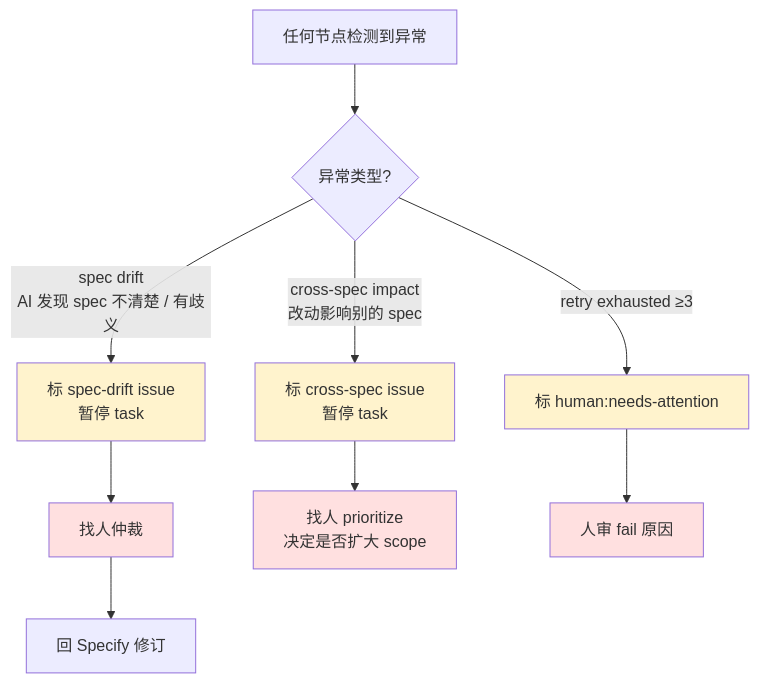
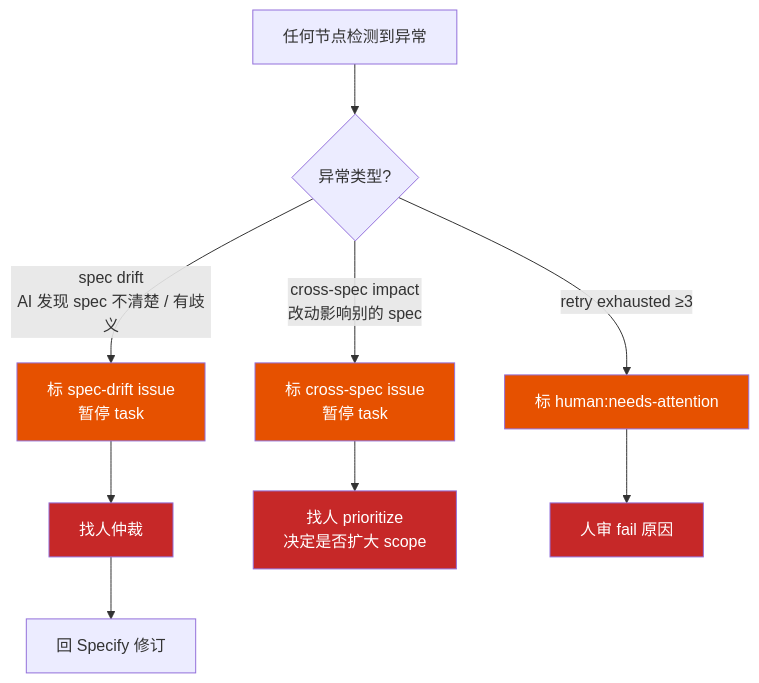
Before and after one commit to chinaszzt/suiyin-v4: the sixth of 11 diagrams in docs/sdd/diagrams.md, drawn with Mermaid. The commit also changed other lines of this file, not shown here.

First line of the commit message:
docs: diagrams.md 颜色改为高对比深色 + 白字

````diff
--- a/docs/sdd/diagrams.md
+++ b/docs/sdd/diagrams.md
@@ -166,18 +166,18 @@
 ```mermaid
 flowchart TD
     A[任何节点检测到异常] --> B{异常类型?}
     B -->|spec drift<br/>AI 发现 spec 不清楚 / 有歧义| C[标 spec-drift issue<br/>暂停 task]
     C --> D[找人仲裁]
     D --> E[回 Specify 修订]
     B -->|cross-spec impact<br/>改动影响别的 spec| F[标 cross-spec issue<br/>暂停 task]
     F --> G[找人 prioritize<br/>决定是否扩大 scope]
     B -->|retry exhausted ≥3| H[标 human:needs-attention]
     H --> I[人审 fail 原因]
     
-    style C fill:#fff3cd
-    style F fill:#fff3cd
-    style H fill:#fff3cd
-    style D fill:#ffe0e0
-    style G fill:#ffe0e0
-    style I fill:#ffe0e0
+    style C fill:#E65100,color:#fff
+    style F fill:#E65100,color:#fff
+    style H fill:#E65100,color:#fff
+    style D fill:#C62828,color:#fff
+    style G fill:#C62828,color:#fff
+    style I fill:#C62828,color:#fff
 ```
````
